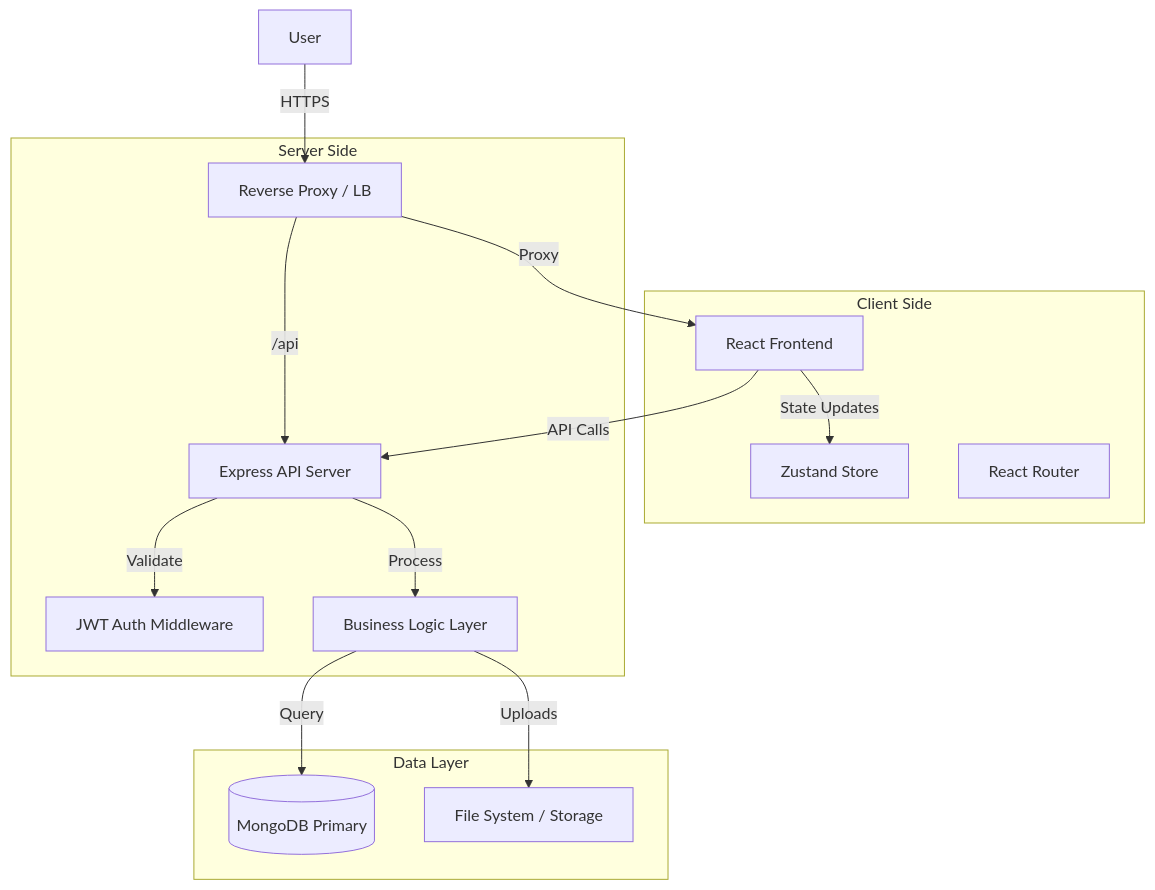
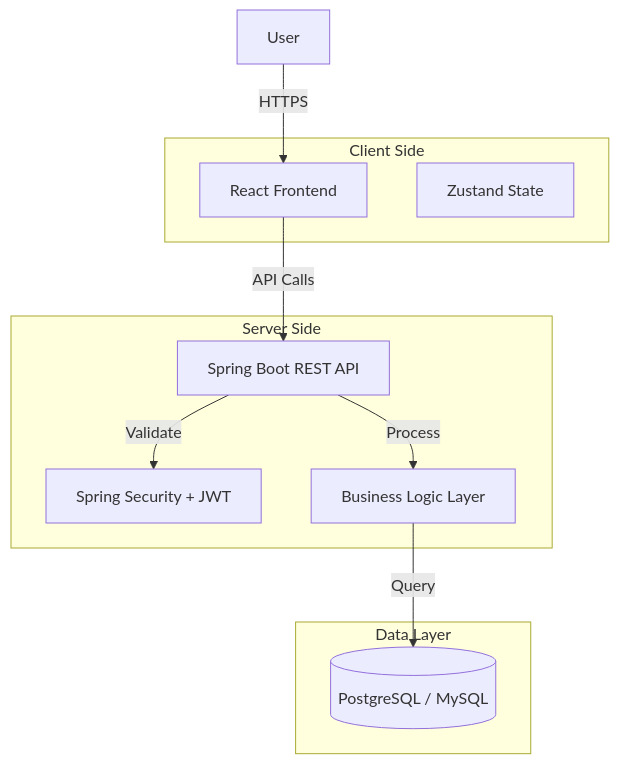
One commit to Dharanish-AM/Talentra changed the diagram in README.md. Above: the diagram before and after it, drawn with Mermaid. The commit also changed other lines of this file and 46 other files, not shown here.

````diff
--- a/README.md
+++ b/README.md
@@ -17,30 +15,23 @@
 ```mermaid
 graph TD
     subgraph Client Side
         UI[React Frontend]
-        Store[Zustand Store]
-        Router[React Router]
+        Store[Zustand State]
     end
 
     subgraph Server Side
-        LB[Reverse Proxy / LB]
-        API[Express API Server]
-        Auth[JWT Auth Middleware]
+        API[Spring Boot REST API]
+        Security[Spring Security + JWT]
         Services[Business Logic Layer]
     end
 
     subgraph Data Layer
-        DB[(MongoDB Primary)]
-        FS[File System / Storage]
+        DB[(PostgreSQL / MySQL)]
     end
 
-    User -->|HTTPS| LB
-    LB -->|Proxy| UI
-    LB -->|/api| API
-    UI -->|State Updates| Store
+    User -->|HTTPS| UI
     UI -->|API Calls| API
-    API -->|Validate| Auth
+    API -->|Validate| Security
     API -->|Process| Services
     Services -->|Query| DB
-    Services -->|Uploads| FS
 ```
````
